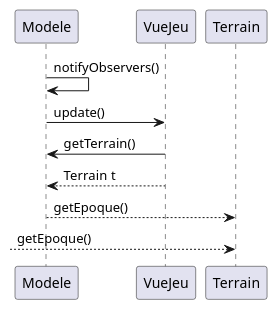
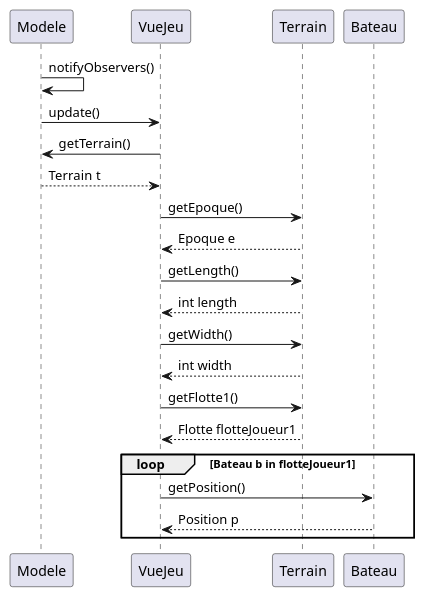
Before and after one commit to FrLallemand/CAD_2018_M1: the diagram in vue.puml, drawn with PlantUML.

Commit message:
complete le diagramme de séquences de la vue

```diff
--- a/vue.puml
+++ b/vue.puml
@@ -1,10 +1,18 @@
 @startuml
 Modele -> Modele : notifyObservers()
 Modele -> VueJeu : update()
 VueJeu -> Modele : getTerrain()
-VueJeu --> Modele : Terrain t
-Modele --> Terrain : getEpoque()
- --> Terrain : getEpoque()
-
-
+Modele --> VueJeu : Terrain t
+VueJeu -> Terrain : getEpoque()
+Terrain --> VueJeu : Epoque e
+VueJeu -> Terrain : getLength()
+Terrain --> VueJeu : int length
+VueJeu -> Terrain : getWidth()
+Terrain --> VueJeu : int width
+VueJeu -> Terrain : getFlotte1()
+Terrain --> VueJeu : Flotte flotteJoueur1
+loop Bateau b in flotteJoueur1
+	 VueJeu -> Bateau : getPosition()
+	 Bateau --> VueJeu : Position p
+end
 @enduml
```
